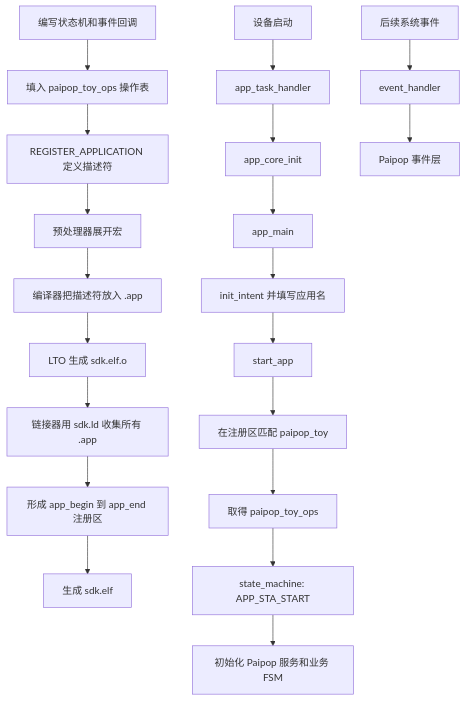
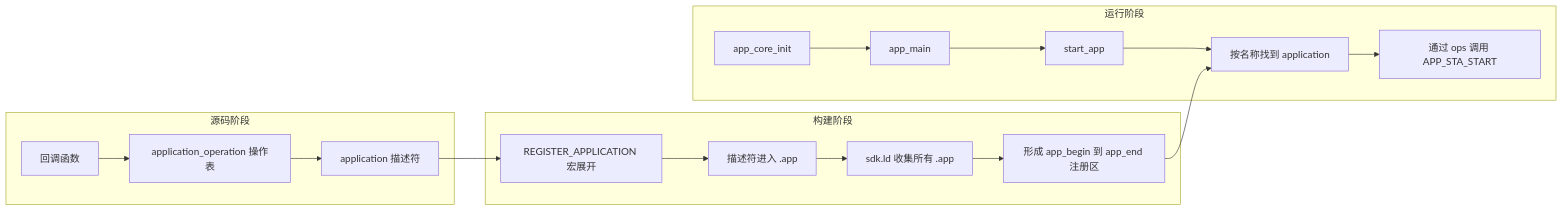
One commit to huangzy-hub/blog changed the diagram in src/content/posts/杰理AC79应用启动与注册机制详解.md. Above: the diagram before and after it, drawn with Mermaid. The commit also changed other lines of this file and 2 other files, not shown here.

Commit message:
重构 Paipop 系列并新增事件框架解析

````diff
--- a/src/content/posts/杰理AC79应用启动与注册机制详解.md
+++ b/src/content/posts/杰理AC79应用启动与注册机制详解.md
@@ -792,24 +36,23 @@
 ```mermaid
-flowchart TD
-    A[编写状态机和事件回调] --> B[填入 paipop_toy_ops 操作表]
-    B --> C[REGISTER_APPLICATION 定义描述符]
-    C --> D[预处理器展开宏]
-    D --> E[编译器把描述符放入 .app]
-    E --> F[LTO 生成 sdk.elf.o]
-    F --> G[链接器用 sdk.ld 收集所有 .app]
-    G --> H[形成 app_begin 到 app_end 注册区]
-    H --> I[生成 sdk.elf]
+flowchart LR
+    subgraph A[源码阶段]
+        A1[回调函数] --> A2[application_operation 操作表]
+        A2 --> A3[application 描述符]
+    end
 
-    J[设备启动] --> K[app_task_handler]
-    K --> L[app_core_init]
-    L --> M[app_main]
-    M --> N[init_intent 并填写应用名]
-    N --> O[start_app]
-    O --> P[在注册区匹配 paipop_toy]
-    P --> Q[取得 paipop_toy_ops]
-    Q --> R[state_machine: APP_STA_START]
-    R --> S[初始化 Paipop 服务和业务 FSM]
+    subgraph B[构建阶段]
+        B1[REGISTER_APPLICATION 宏展开] --> B2[描述符进入 .app]
+        B2 --> B3[sdk.ld 收集所有 .app]
+        B3 --> B4[形成 app_begin 到 app_end 注册区]
+    end
 
-    T[后续系统事件] --> U[event_handler]
-    U --> V[Paipop 事件层]
+    subgraph C[运行阶段]
+        C1[app_core_init] --> C2[app_main]
+        C2 --> C3[start_app]
+        C3 --> C4[按名称找到 application]
+        C4 --> C5[通过 ops 调用 APP_STA_START]
+    end
+
+    A3 --> B1
+    B4 --> C4
 ```
````
